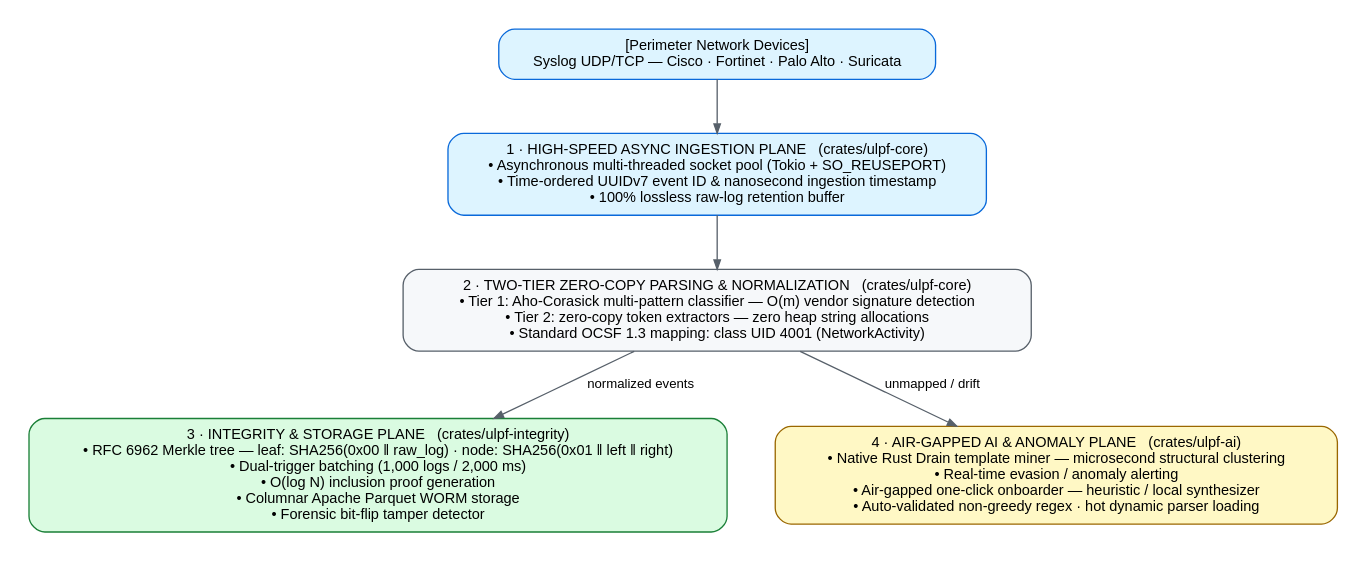
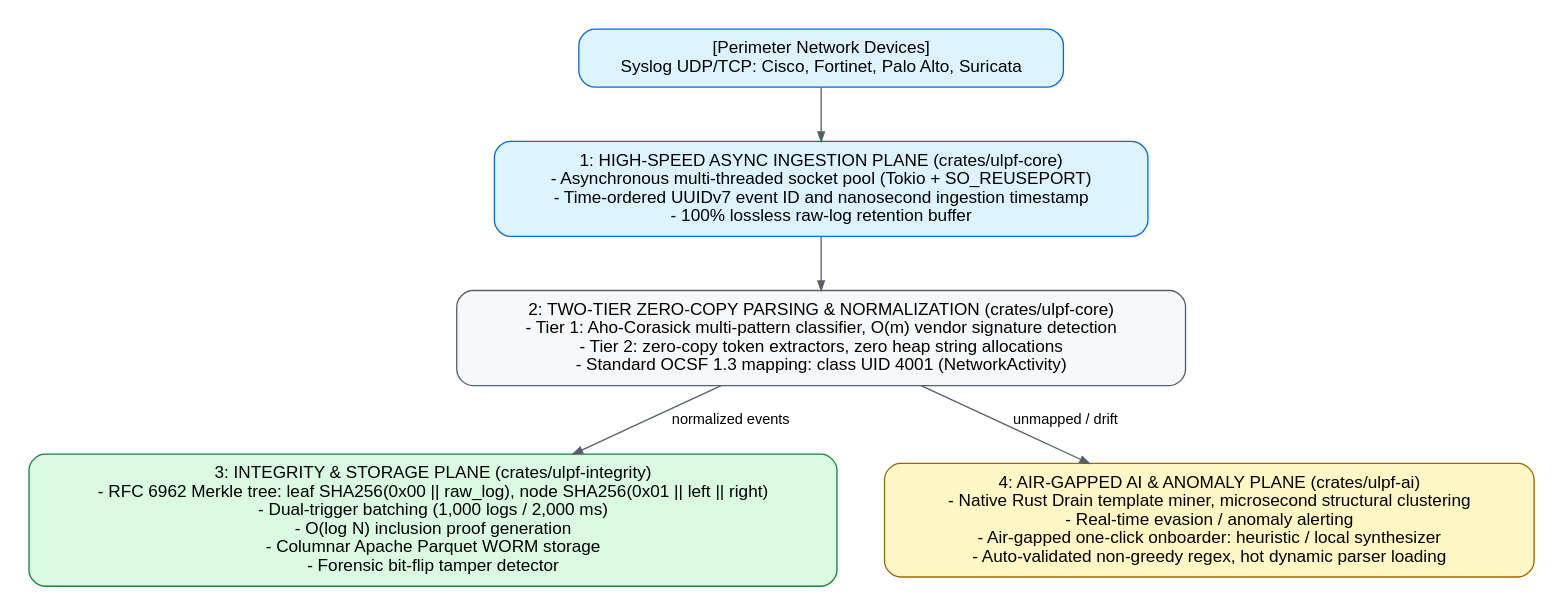
The diagram in docs/diagrams/ulpf-architecture-planes.dot (animishraa05/layaRustparser), drawn with Graphviz before and after one commit. The commit also changed 11 other files, not shown here.

First line of the commit message:
docs(diagrams): rewrite 6 DOT labels to ASCII-only plain English

```diff
--- a/docs/diagrams/ulpf-architecture-planes.dot
+++ b/docs/diagrams/ulpf-architecture-planes.dot
@@ -1,21 +1,22 @@
-// ULPF four-plane architecture — source for docs/ARCHITECTURE.md.
+// ULPF four-plane architecture - source for docs/ARCHITECTURE.md.
 // Regenerate: dot -Tsvg docs/diagrams/ulpf-architecture-planes.dot -o docs/diagrams/ulpf-architecture-planes.svg
+// Rule: ASCII-only label text (no unicode symbols - some renderers show tofu).
 digraph planes {
   graph [rankdir=TB, bgcolor="white", pad="0.2", nodesep="0.5", ranksep="0.55", fontname="Helvetica"];
-  node [shape="box", style="filled,rounded", fillcolor="#f6f8fa", color="#57606a", fontname="Helvetica", fontsize="11", margin="0.18,0.10"];
-  edge [color="#57606a", fontname="Helvetica", fontsize="10", arrowsize="0.7"];
+  node [shape="box", style="filled,rounded", fillcolor="#f6f8fa", color="#57606a", fontname="Helvetica", fontsize="13", margin="0.20,0.11"];
+  edge [color="#57606a", fontname="Helvetica", fontsize="11", arrowsize="0.7"];
 
-  src [label="[Perimeter Network Devices]\nSyslog UDP/TCP — Cisco · Fortinet · Palo Alto · Suricata", fillcolor="#ddf4ff", color="#0969da"];
+  src [label="[Perimeter Network Devices]\nSyslog UDP/TCP: Cisco, Fortinet, Palo Alto, Suricata", fillcolor="#ddf4ff", color="#0969da"];
 
-  p1 [label="1 · HIGH-SPEED ASYNC INGESTION PLANE   (crates/ulpf-core)\n• Asynchronous multi-threaded socket pool (Tokio + SO_REUSEPORT)\n• Time-ordered UUIDv7 event ID & nanosecond ingestion timestamp\n• 100% lossless raw-log retention buffer", fillcolor="#ddf4ff", color="#0969da"];
+  p1 [label="1: HIGH-SPEED ASYNC INGESTION PLANE (crates/ulpf-core)\n- Asynchronous multi-threaded socket pool (Tokio + SO_REUSEPORT)\n- Time-ordered UUIDv7 event ID and nanosecond ingestion timestamp\n- 100% lossless raw-log retention buffer", fillcolor="#ddf4ff", color="#0969da"];
 
-  p2 [label="2 · TWO-TIER ZERO-COPY PARSING & NORMALIZATION   (crates/ulpf-core)\n• Tier 1: Aho-Corasick multi-pattern classifier — O(m) vendor signature detection\n• Tier 2: zero-copy token extractors — zero heap string allocations\n• Standard OCSF 1.3 mapping: class UID 4001 (NetworkActivity)"];
+  p2 [label="2: TWO-TIER ZERO-COPY PARSING & NORMALIZATION (crates/ulpf-core)\n- Tier 1: Aho-Corasick multi-pattern classifier, O(m) vendor signature detection\n- Tier 2: zero-copy token extractors, zero heap string allocations\n- Standard OCSF 1.3 mapping: class UID 4001 (NetworkActivity)"];
 
-  p3 [label="3 · INTEGRITY & STORAGE PLANE   (crates/ulpf-integrity)\n• RFC 6962 Merkle tree — leaf: SHA256(0x00 ‖ raw_log) · node: SHA256(0x01 ‖ left ‖ right)\n• Dual-trigger batching (1,000 logs / 2,000 ms)\n• O(log N) inclusion proof generation\n• Columnar Apache Parquet WORM storage\n• Forensic bit-flip tamper detector", fillcolor="#dafbe1", color="#1a7f37"];
+  p3 [label="3: INTEGRITY & STORAGE PLANE (crates/ulpf-integrity)\n- RFC 6962 Merkle tree: leaf SHA256(0x00 || raw_log), node SHA256(0x01 || left || right)\n- Dual-trigger batching (1,000 logs / 2,000 ms)\n- O(log N) inclusion proof generation\n- Columnar Apache Parquet WORM storage\n- Forensic bit-flip tamper detector", fillcolor="#dafbe1", color="#1a7f37"];
 
-  p4 [label="4 · AIR-GAPPED AI & ANOMALY PLANE   (crates/ulpf-ai)\n• Native Rust Drain template miner — microsecond structural clustering\n• Real-time evasion / anomaly alerting\n• Air-gapped one-click onboarder — heuristic / local synthesizer\n• Auto-validated non-greedy regex · hot dynamic parser loading", fillcolor="#fff8c5", color="#9a6700"];
+  p4 [label="4: AIR-GAPPED AI & ANOMALY PLANE (crates/ulpf-ai)\n- Native Rust Drain template miner, microsecond structural clustering\n- Real-time evasion / anomaly alerting\n- Air-gapped one-click onboarder: heuristic / local synthesizer\n- Auto-validated non-greedy regex, hot dynamic parser loading", fillcolor="#fff8c5", color="#9a6700"];
 
   src -> p1 -> p2;
-  p2 -> p3 [label=" normalized events"];
-  p2 -> p4 [label=" unmapped / drift"];
+  p2 -> p3 [label="normalized events"];
+  p2 -> p4 [label="unmapped / drift"];
 }
```
